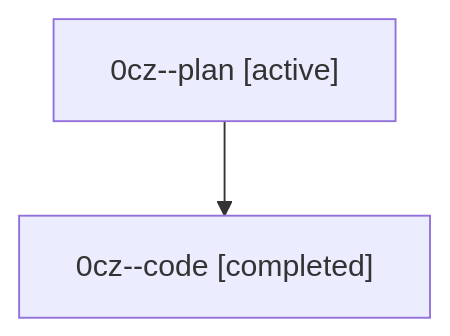
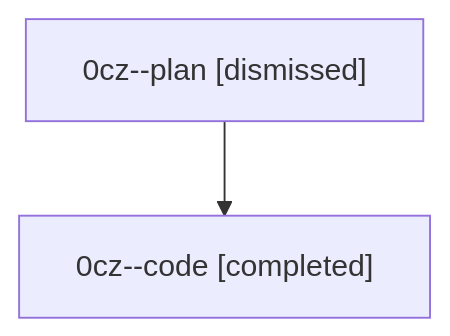
The diagram in sessions/bbugyi200.athena.0cz.md (sase-org/sase--agents), drawn with Mermaid before and after one commit. The commit also changed other lines of this file and 33 other files, not shown here.

````diff
--- a/sessions/bbugyi200.athena.0cz.md
+++ b/sessions/bbugyi200.athena.0cz.md
@@ -9,6 +9,6 @@
 ```mermaid
 flowchart TD
-  n0["0cz--plan [active]"]
+  n0["0cz--plan [dismissed]"]
   n1["0cz--code [completed]"]
   n0 --> n1
 ```
````
